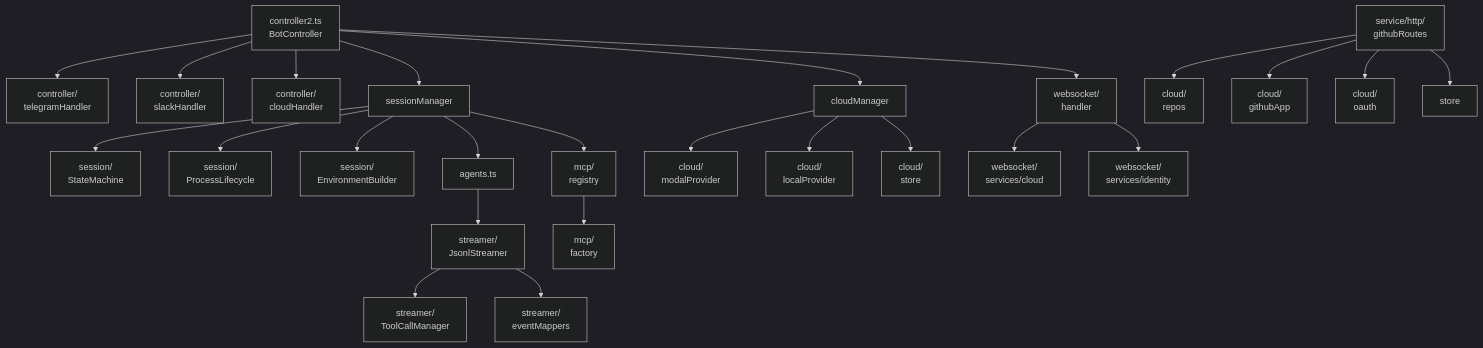
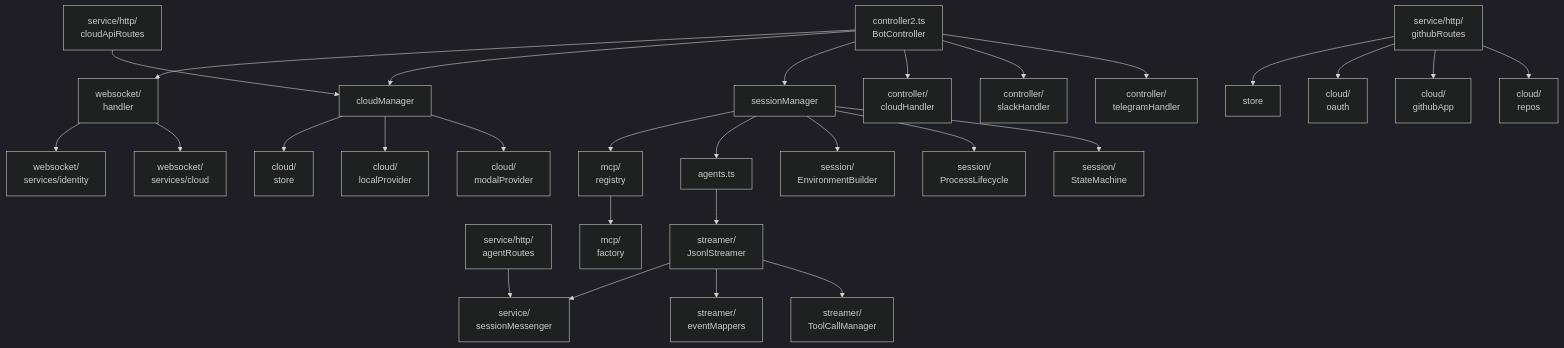
One commit to MichaelC001/tintin changed the second of 6 diagrams in docs/ARCHITECTURE.md. Above: the diagram before and after it, drawn with Mermaid (dark theme). The commit also changed other lines of this file and 5 other files, not shown here.

````diff
--- a/docs/ARCHITECTURE.md
+++ b/docs/ARCHITECTURE.md
@@ -74,36 +81,40 @@
 ```mermaid
 graph TD
     CTL[controller2.ts<br/>BotController]
 
     CTL --> TH[controller/<br/>telegramHandler]
     CTL --> SH[controller/<br/>slackHandler]
     CTL --> CH[controller/<br/>cloudHandler]
 
     CTL --> SM[sessionManager]
     CTL --> CM[cloudManager]
     CTL --> WH[websocket/<br/>handler]
 
     SM --> SS[session/<br/>StateMachine]
     SM --> SP[session/<br/>ProcessLifecycle]
     SM --> SE[session/<br/>EnvironmentBuilder]
 
     CM --> MP[cloud/<br/>modalProvider]
     CM --> LP[cloud/<br/>localProvider]
     CM --> CS[cloud/<br/>store]
 
     WH --> WSC[websocket/<br/>services/cloud]
     WH --> WSI[websocket/<br/>services/identity]
 
     GHR[service/http/<br/>githubRoutes] --> CR[cloud/<br/>repos]
     GHR --> GA[cloud/<br/>githubApp]
     GHR --> OA[cloud/<br/>oauth]
     GHR --> ST[store]
 
+    AGR[service/http/<br/>agentRoutes] --> SMSG[service/<br/>sessionMessenger]
+    CAR[service/http/<br/>cloudApiRoutes] --> CM
+
     SM --> AG[agents.ts]
     AG --> JS[streamer/<br/>JsonlStreamer]
     JS --> TM[streamer/<br/>ToolCallManager]
     JS --> EM[streamer/<br/>eventMappers]
+    JS --> SMSG
 
     SM --> MR[mcp/<br/>registry]
     MR --> MF[mcp/<br/>factory]
 ```
````
